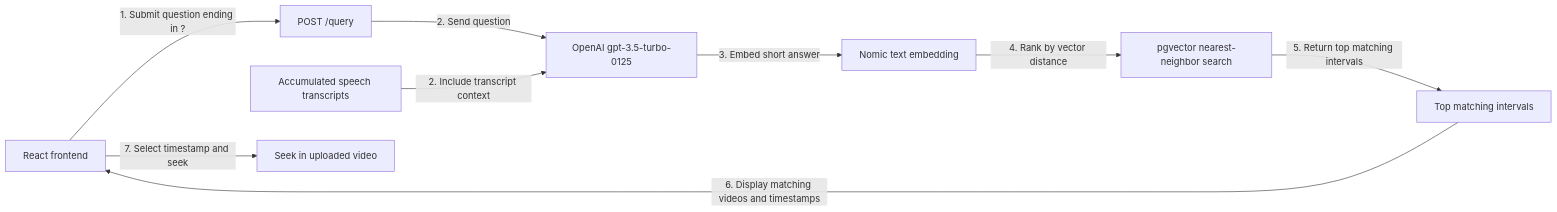
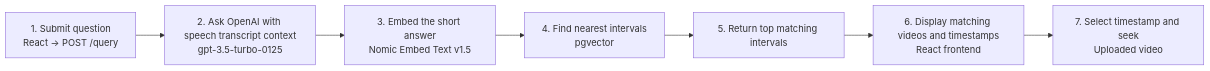
The third of 3 diagrams in ARCHITECTURE.md (mingchao-zhang/SceneSifter), drawn with Mermaid before and after one commit. The commit also changed other lines of this file, not shown here.

Commit message:
Add clarification on how context is accumulated and how it's uploaded to OpenAI

````diff
--- a/ARCHITECTURE.md
+++ b/ARCHITECTURE.md
@@ -66,11 +66,9 @@
 ```mermaid
 flowchart LR
-    Browser[React frontend] -->|1. Submit question ending in ?| API[POST /query]
-    API -->|2. Send question| Chat[OpenAI gpt-3.5-turbo-0125]
-    Context[Accumulated speech transcripts] -->|2. Include transcript context| Chat
-    Chat -->|3. Embed short answer| Embed[Nomic text embedding]
-    Embed -->|4. Rank by vector distance| Search[pgvector nearest-neighbor search]
-    Search -->|5. Return top matching intervals| Results[Top matching intervals]
-    Results -->|6. Display matching videos and timestamps| Browser
-    Browser -->|7. Select timestamp and seek| Video[Seek in uploaded video]
+    Step1["1. Submit question<br/>React -> POST /query"] --> Step2["2. Ask OpenAI with speech transcript context<br/>gpt-3.5-turbo-0125"]
+    Step2 --> Step3["3. Embed the short answer<br/>Nomic Embed Text v1.5"]
+    Step3 --> Step4["4. Find nearest intervals<br/>pgvector"]
+    Step4 --> Step5["5. Return top matching intervals"]
+    Step5 --> Step6["6. Display matching videos and timestamps<br/>React frontend"]
+    Step6 --> Step7["7. Select timestamp and seek<br/>Uploaded video"]
 ```
````
